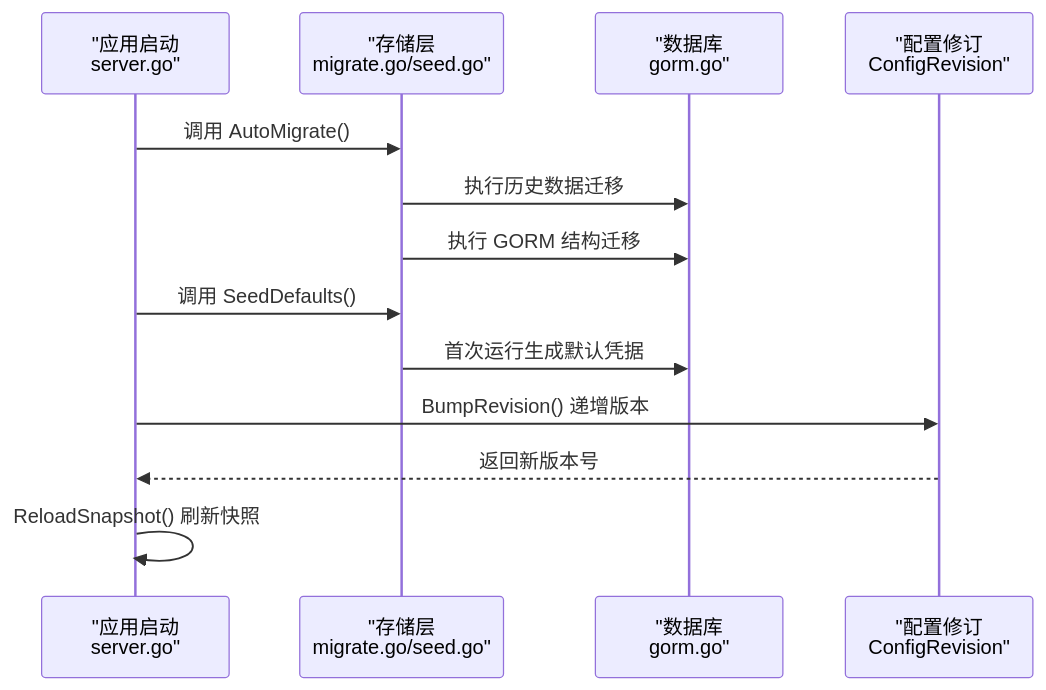
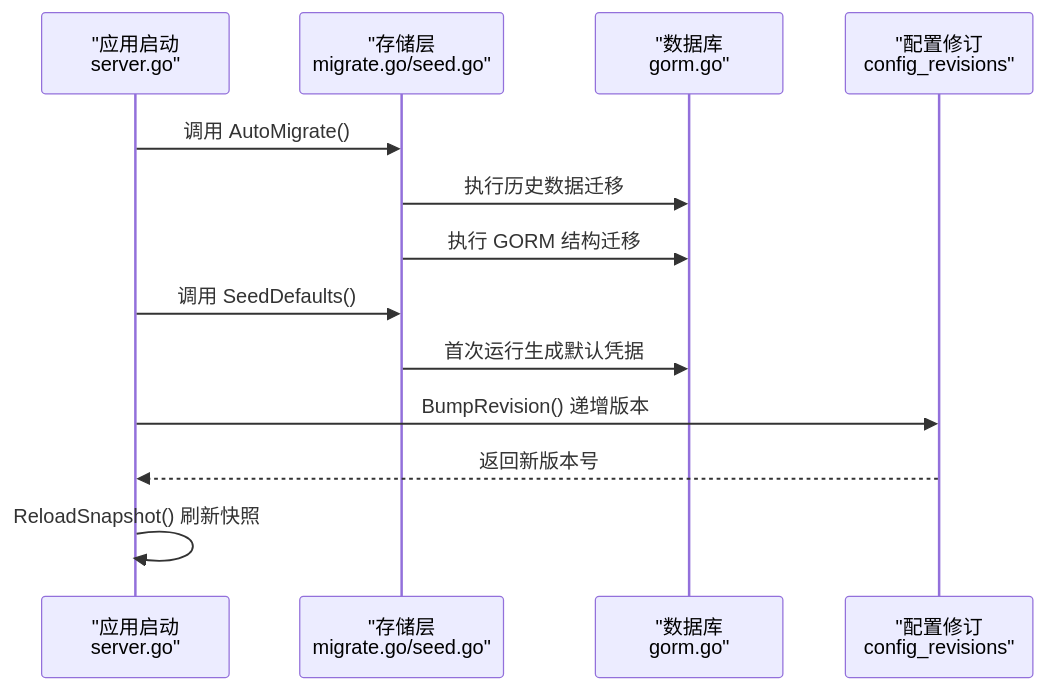
The second of 7 diagrams in docs/配置管理系统/迁移管理机制.md (x01n/My-OpenWaf), drawn with Mermaid before and after one commit. The commit also changed other lines of this file and 199 other files, not shown here.

````diff
--- a/docs/配置管理系统/迁移管理机制.md
+++ b/docs/配置管理系统/迁移管理机制.md
@@ -117,15 +107,15 @@
 ```mermaid
 sequenceDiagram
 participant Boot as "应用启动<br/>server.go"
 participant Store as "存储层<br/>migrate.go/seed.go"
 participant DB as "数据库<br/>gorm.go"
-participant Rev as "配置修订<br/>ConfigRevision"
+participant Rev as "配置修订<br/>config_revisions"
 Boot->>Store : 调用 AutoMigrate()
 Store->>DB : 执行历史数据迁移
 Store->>DB : 执行 GORM 结构迁移
 Boot->>Store : 调用 SeedDefaults()
 Store->>DB : 首次运行生成默认凭据
 Boot->>Rev : BumpRevision() 递增版本
 Rev-->>Boot : 返回新版本号
 Boot->>Boot : ReloadSnapshot() 刷新快照
 ```
````
